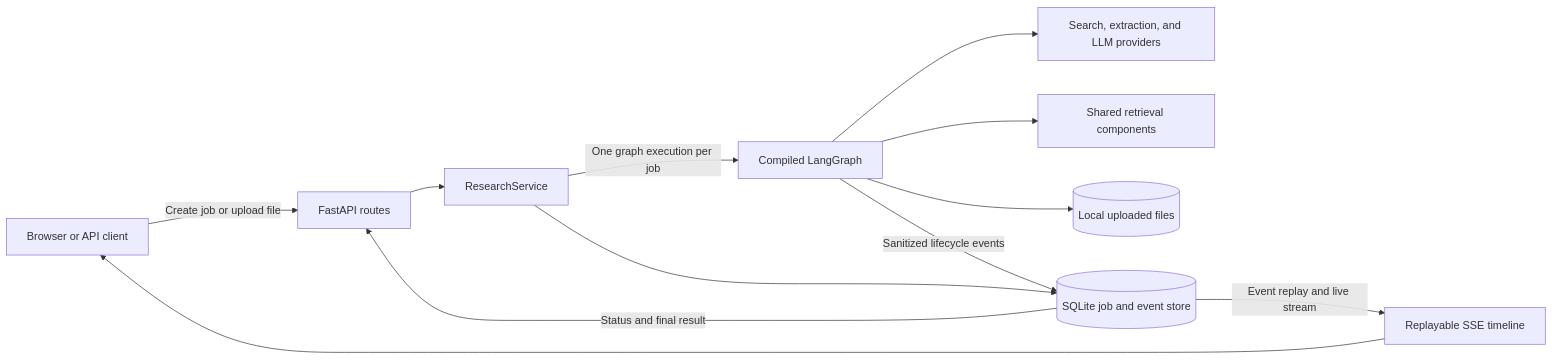
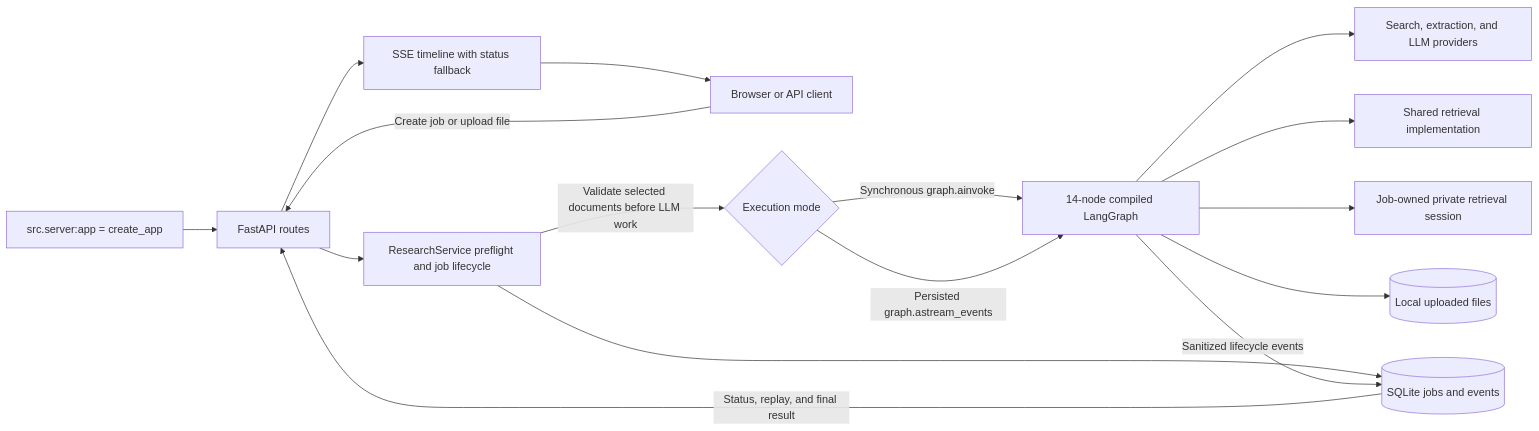
One commit to Ishwaridutt/deep-research-agent changed the first of 11 diagrams in readme.md. Above: the diagram before and after it, drawn with Mermaid. The commit also changed other lines of this file and 43 other files, not shown here.

Commit message:
extended research agent context, imporved search url ranking before extraction, prompt fixes for better context and bug fixes

````diff
--- a/readme.md
+++ b/readme.md
@@ -89,24 +91,30 @@
 ```mermaid
 flowchart LR
+    Entry[src.server:app = create_app]
     User[Browser or API client]
     API[FastAPI routes]
-    Service[ResearchService]
-    Graph[Compiled LangGraph]
+    Service[ResearchService preflight and job lifecycle]
+    Invoke{Execution mode}
+    Graph[14-node compiled LangGraph]
     Providers[Search, extraction, and LLM providers]
-    Retrieval[Shared retrieval components]
-    Store[(SQLite job and event store)]
+    Retrieval[Shared retrieval implementation]
+    JobResources[Job-owned private retrieval session]
+    Store[(SQLite jobs and events)]
     Uploads[(Local uploaded files)]
-    UI[Replayable SSE timeline]
+    UI[SSE timeline with status fallback]
 
+    Entry --> API
     User -->|Create job or upload file| API
     API --> Service
-    Service -->|One graph execution per job| Graph
+    Service -->|Validate selected documents before LLM work| Invoke
+    Invoke -->|Synchronous graph.ainvoke| Graph
+    Invoke -->|Persisted graph.astream_events| Graph
     Graph --> Providers
     Graph --> Retrieval
+    Graph --> JobResources
     Graph --> Uploads
     Service --> Store
     Graph -->|Sanitized lifecycle events| Store
-    Store -->|Status and final result| API
-    Store -->|Event replay and live stream| UI
-    UI --> User
+    Store -->|Status, replay, and final result| API
+    API --> UI --> User
 ```
````
